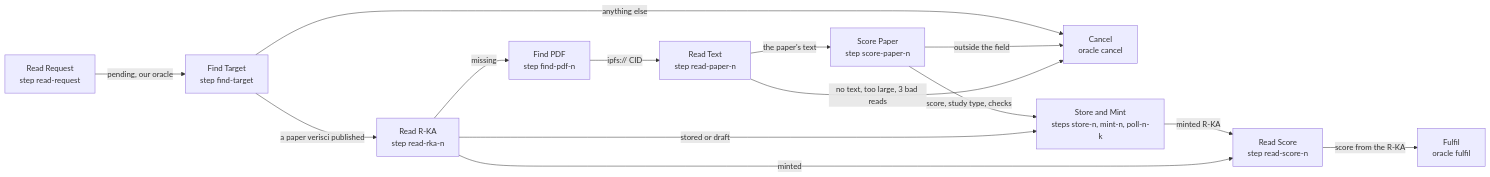
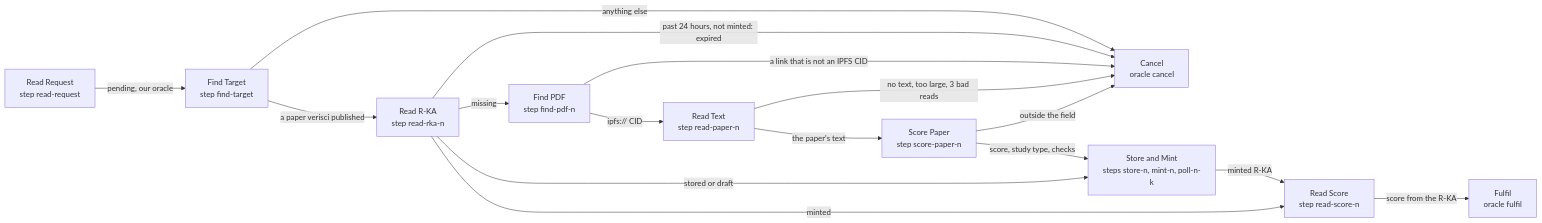
The diagram in .omm/pipeline/rating-run/diagram.mmd (SiegfriedBz/labstrail), drawn with Mermaid before and after one commit. The commit also changed 20 other files, not shown here.

First line of the commit message:
docs: correct seven architecture views against the code

```diff
--- a/.omm/pipeline/rating-run/diagram.mmd
+++ b/.omm/pipeline/rating-run/diagram.mmd
@@ -1,14 +1,16 @@
 graph LR
     read-request["Read Request\nstep read-request"] -->|"pending, our oracle"| find-target["Find Target\nstep find-target"]
     find-target -->|"a paper verisci published"| read-rka["Read R-KA\nstep read-rka-n"]
     find-target -->|"anything else"| cancel["Cancel\noracle cancel"]
     read-rka -->|"missing"| find-pdf["Find PDF\nstep find-pdf-n"]
+    read-rka -->|"past 24 hours, not minted: expired"| cancel
     find-pdf -->|"ipfs:// CID"| read-text["Read Text\nstep read-paper-n"]
+    find-pdf -->|"a link that is not an IPFS CID"| cancel
     read-text -->|"the paper's text"| score-paper["Score Paper\nstep score-paper-n"]
+    read-text -->|"no text, too large, 3 bad reads"| cancel
     score-paper -->|"score, study type, checks"| store-mint["Store and Mint\nsteps store-n, mint-n, poll-n-k"]
+    score-paper -->|"outside the field"| cancel
     read-rka -->|"stored or draft"| store-mint
     store-mint -->|"minted R-KA"| read-score["Read Score\nstep read-score-n"]
     read-rka -->|"minted"| read-score
     read-score -->|"score from the R-KA"| fulfil["Fulfil\noracle fulfil"]
-    score-paper -->|"outside the field"| cancel
-    read-text -->|"no text, too large, 3 bad reads"| cancel
```
